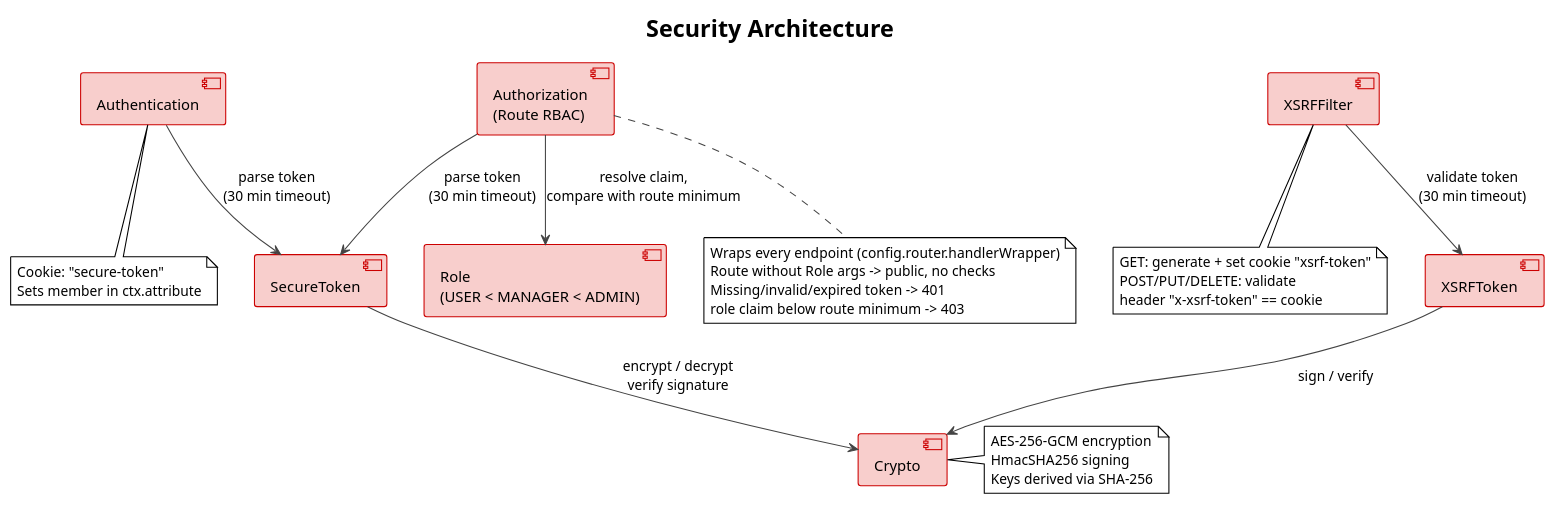
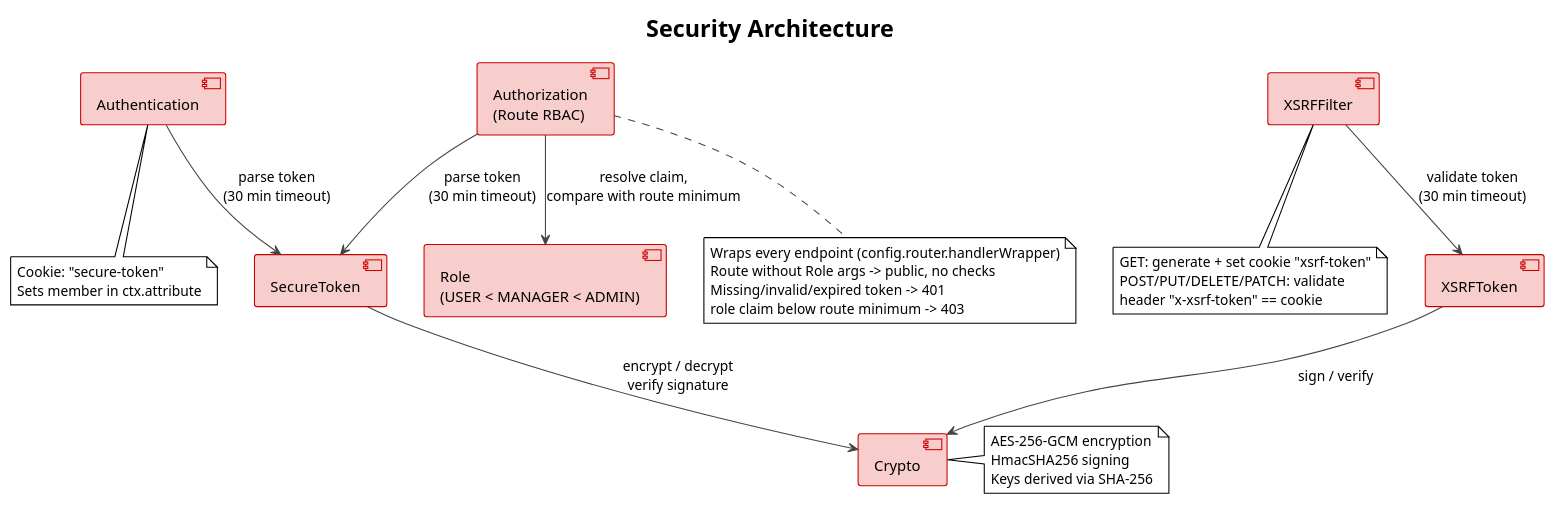
Before and after one commit to batzorigt/rest-api-template: the sixth of 8 diagrams in docs/architecture.md, drawn with PlantUML. The commit also changed other lines of this file and 3 other files, not shown here.

````diff
--- a/docs/architecture.md
+++ b/docs/architecture.md
@@ -298,52 +298,52 @@
 ```plantuml
 @startuml Security
 !theme plain
 skinparam component {
   BorderColor #cc0000
   BackgroundColor #f8cecc
 }
 skinparam ArrowColor #444444
 
 title Security Architecture
 
 component "Authentication" as auth
 component "Authorization\n(Route RBAC)" as authz
 component "Role\n(USER < MANAGER < ADMIN)" as role
 component "XSRFFilter" as xsrf
 component "SecureToken" as st
 component "XSRFToken" as xt
 component "Crypto" as crypto
 
 note right of crypto
   AES-256-GCM encryption
   HmacSHA256 signing
   Keys derived via SHA-256
 end note
 
 authz --> st : parse token\n(30 min timeout)
 authz --> role : resolve claim,\ncompare with route minimum
 auth --> st : parse token\n(30 min timeout)
 xsrf --> xt : validate token\n(30 min timeout)
 st --> crypto : encrypt / decrypt\nverify signature
 xt --> crypto : sign / verify
 
 note bottom of authz
   Wraps every endpoint (config.router.handlerWrapper)
   Route without Role args -> public, no checks
   Missing/invalid/expired token -> 401
   role claim below route minimum -> 403
 end note
 
 note bottom of auth
   Cookie: "secure-token"
   Sets member in ctx.attribute
 end note
 
 note bottom of xsrf
   GET: generate + set cookie "xsrf-token"
-  POST/PUT/DELETE: validate
+  POST/PUT/DELETE/PATCH: validate
   header "x-xsrf-token" == cookie
 end note
 
 @enduml
 ```
````
